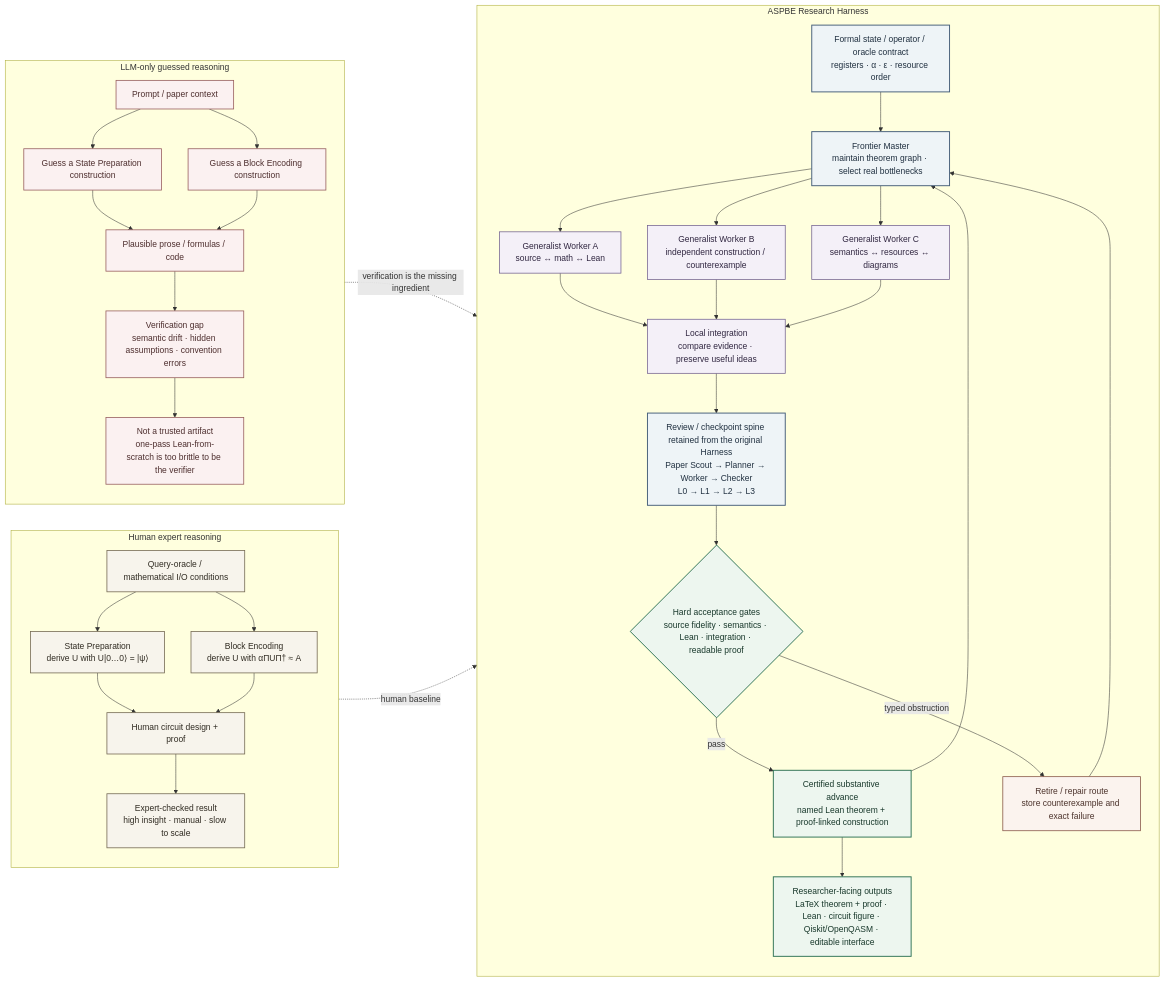
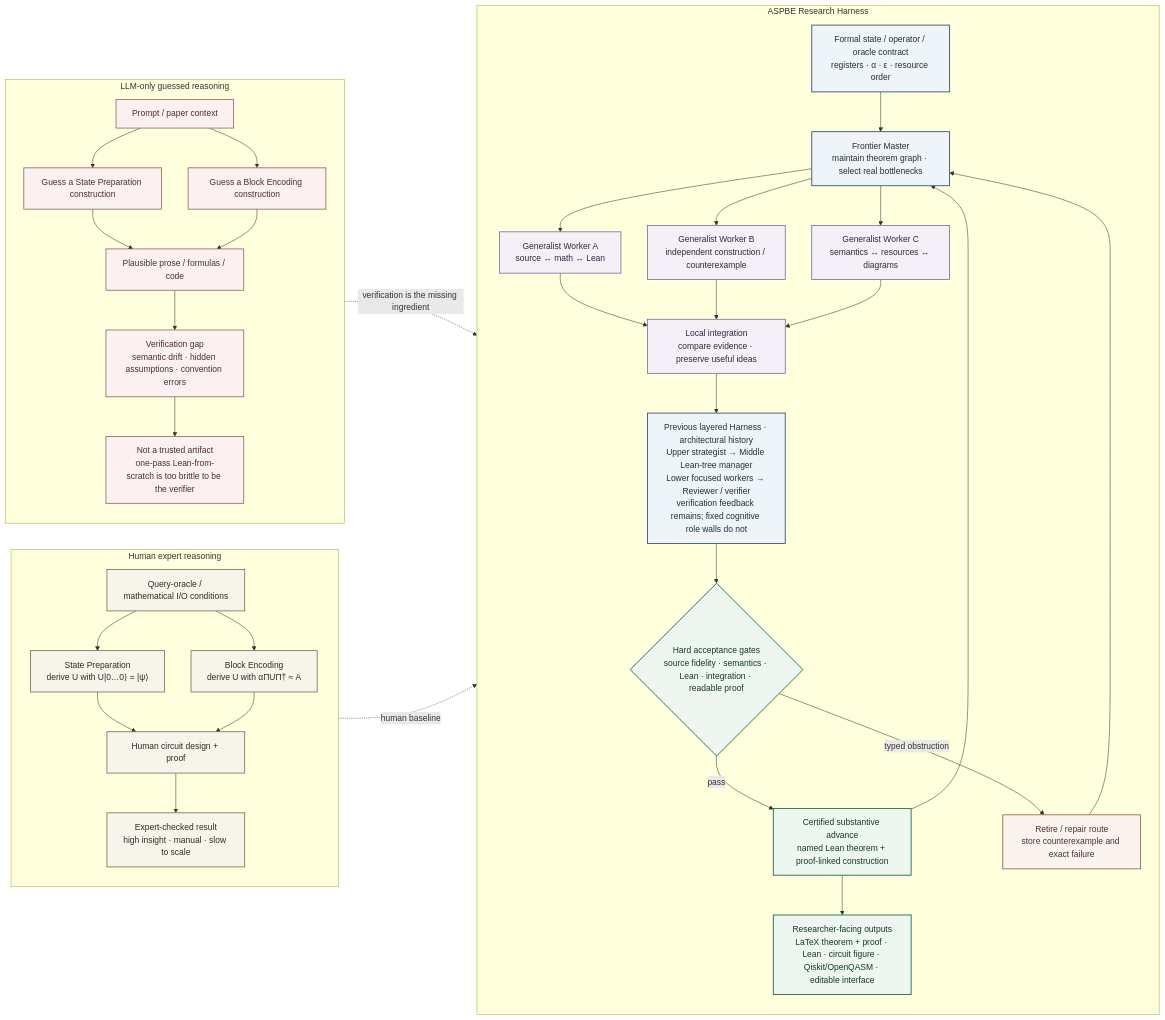
One commit to DakeBU/Quantum-Computing-Block-Encoding changed the diagram in website/diagrams/candidate-lifecycle.mmd. Above: the diagram before and after it, drawn with Mermaid. The commit also changed 2 other files, not shown here.

Commit message:
Restore previous ASPBE Harness structure in public site
Keep the Human/LLM/ASPBE comparison, restore the previous Upper/Middle/Lower/Reviewer architecture in the public Harness presentation, and remove remaining public Harness version wording.

```diff
--- a/website/diagrams/candidate-lifecycle.mmd
+++ b/website/diagrams/candidate-lifecycle.mmd
@@ -1,56 +1,56 @@
 flowchart LR
   subgraph H["Human expert reasoning"]
     direction TB
     H0["Query-oracle / mathematical I/O conditions"]
     H0 --> HSP["State Preparation<br/>derive U with U|0…0⟩ = |ψ⟩"]
     H0 --> HBE["Block Encoding<br/>derive U with αΠUΠ† ≈ A"]
     HSP --> HP["Human circuit design + proof"]
     HBE --> HP
     HP --> HH["Expert-checked result<br/>high insight · manual · slow to scale"]
   end
 
   subgraph L["LLM-only guessed reasoning"]
     direction TB
     L0["Prompt / paper context"]
     L0 --> LSP["Guess a State Preparation construction"]
     L0 --> LBE["Guess a Block Encoding construction"]
     LSP --> LO["Plausible prose / formulas / code"]
     LBE --> LO
     LO --> LF["Verification gap<br/>semantic drift · hidden assumptions · convention errors"]
     LF --> LX["Not a trusted artifact<br/>one-pass Lean-from-scratch is too brittle to be the verifier"]
   end
 
   subgraph A["ASPBE Research Harness"]
     direction TB
     A0["Formal state / operator / oracle contract<br/>registers · α · ε · resource order"]
     A0 --> M["Frontier Master<br/>maintain theorem graph · select real bottlenecks"]
     M --> W1["Generalist Worker A<br/>source ↔ math ↔ Lean"]
     M --> W2["Generalist Worker B<br/>independent construction / counterexample"]
     M --> W3["Generalist Worker C<br/>semantics ↔ resources ↔ diagrams"]
     W1 --> I["Local integration<br/>compare evidence · preserve useful ideas"]
     W2 --> I
     W3 --> I
-    I --> R["Review / checkpoint spine retained from the original Harness<br/>Paper Scout → Planner → Worker → Checker<br/>L0 → L1 → L2 → L3"]
+    I --> R["Previous layered Harness · architectural history<br/>Upper strategist → Middle Lean-tree manager<br/>Lower focused workers → Reviewer / verifier<br/>verification feedback remains; fixed cognitive role walls do not"]
     R --> G{"Hard acceptance gates<br/>source fidelity · semantics · Lean · integration · readable proof"}
     G -- "pass" --> C["Certified substantive advance<br/>named Lean theorem + proof-linked construction"]
     G -- "typed obstruction" --> F["Retire / repair route<br/>store counterexample and exact failure"]
     F --> M
     C --> O["Researcher-facing outputs<br/>LaTeX theorem + proof · Lean · circuit figure · Qiskit/OpenQASM · editable interface"]
     C --> M
   end
 
   HH -. "human baseline" .-> A0
   LX -. "verification is the missing ingredient" .-> A0
 
   classDef human fill:#f7f4ec,stroke:#756a54,color:#302b22,stroke-width:1.5px;
   classDef llm fill:#fbf1f1,stroke:#985f5f,color:#4d2e2e,stroke-width:1.5px;
   classDef master fill:#eef4f7,stroke:#465f7a,color:#203040,stroke-width:1.8px;
   classDef worker fill:#f4f0f8,stroke:#71608f,color:#302640,stroke-width:1.4px;
   classDef proof fill:#edf6ef,stroke:#2f7355,color:#18382b,stroke-width:1.8px;
   classDef fail fill:#fbf3ee,stroke:#8a5a4a,color:#4c332c,stroke-width:1.5px;
   class H0,HSP,HBE,HP,HH human;
   class L0,LSP,LBE,LO,LF,LX llm;
   class A0,M,R master;
   class W1,W2,W3,I worker;
   class G,C,O proof;
   class F fail;
```
